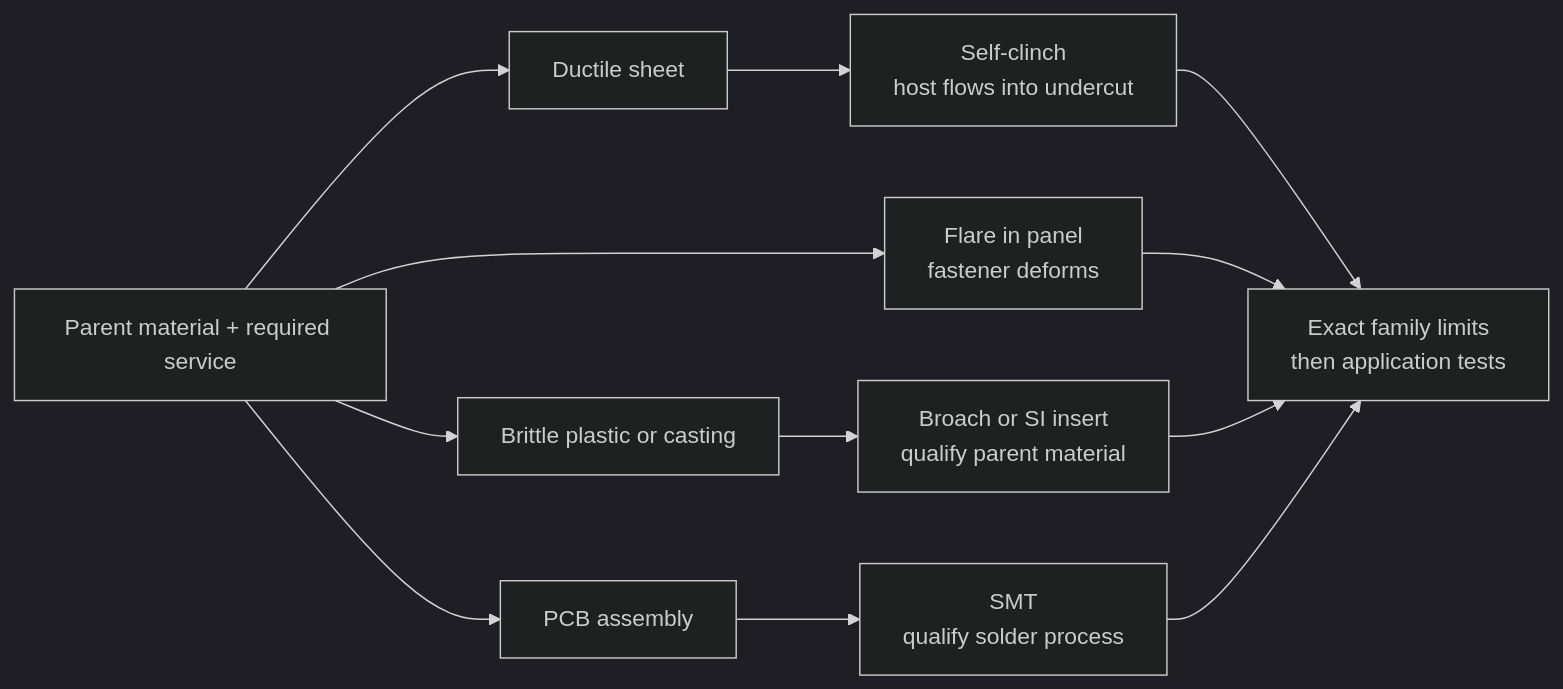
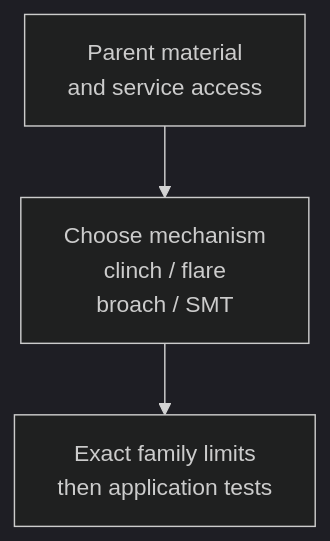
One commit to Valpatel/cad-agent changed the diagram in docs/research/manufacturing/pem-micro-fasteners.md. Above: the diagram before and after it, drawn with Mermaid (dark theme). The commit also changed other lines of this file and 2 other files, not shown here.

````diff
--- a/docs/research/manufacturing/pem-micro-fasteners.md
+++ b/docs/research/manufacturing/pem-micro-fasteners.md
@@ -5,16 +5,7 @@
 ```mermaid
-flowchart LR
-    P["Parent material + required service"] --> D["Ductile sheet"]
-    P --> B["Brittle plastic or casting"]
-    P --> PCB["PCB assembly"]
-    D --> C["Self-clinch<br/>host flows into undercut"]
-    P --> F["Flare in panel<br/>fastener deforms"]
-    B --> T["Broach or SI insert<br/>qualify parent material"]
-    PCB --> S["SMT<br/>qualify solder process"]
-    C --> Q["Exact family limits<br/>then application tests"]
-    F --> Q
-    T --> Q
-    S --> Q
-    class C,F,T,S here
+flowchart TD
+    P["Parent material<br/>and service access"] --> M["Choose mechanism<br/>clinch / flare<br/>broach / SMT"]
+    M --> Q["Exact family limits<br/>then application tests"]
+    class M here
     class Q out
 ```
````
